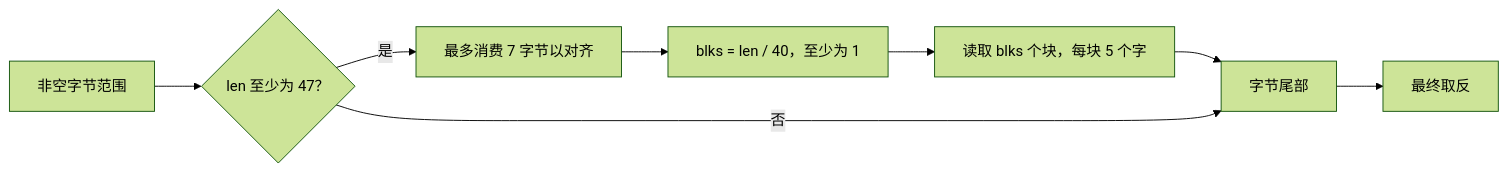
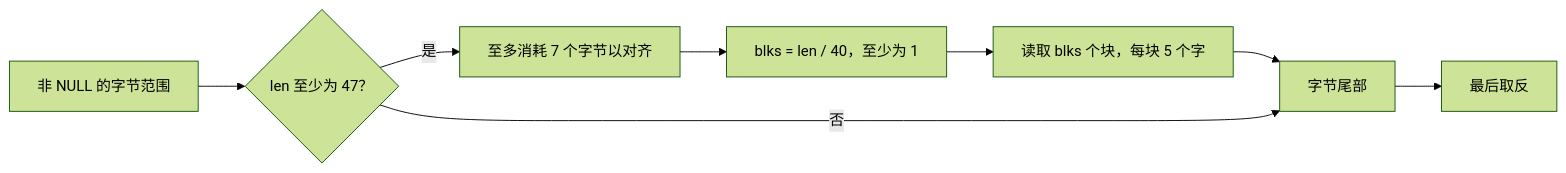
One commit to cla7aye15I4nd/oss-proof changed the diagram in docs/proof/crc32.zh.md. Above: the diagram before and after it, drawn with Mermaid (forest theme). The commit also changed other lines of this file and 5 other files, not shown here.

````diff
--- a/docs/proof/crc32.zh.md
+++ b/docs/proof/crc32.zh.md
@@ -38,10 +36,10 @@
 ```mermaid
 flowchart LR
-    Start["非空字节范围"] --> Threshold{"len 至少为 47？"}
-    Threshold -->|是| Align["最多消费 7 字节以对齐"]
+    Start["非 NULL 的字节范围"] --> Threshold{"len 至少为 47？"}
+    Threshold -->|是| Align["至多消耗 7 个字节以对齐"]
     Align --> Blocks["blks = len / 40，至少为 1"]
     Blocks --> Braids["读取 blks 个块，每块 5 个字"]
     Braids --> Tail["字节尾部"]
     Threshold -->|否| Tail
-    Tail --> Result["最终取反"]
+    Tail --> Result["最后取反"]
 ```
````
